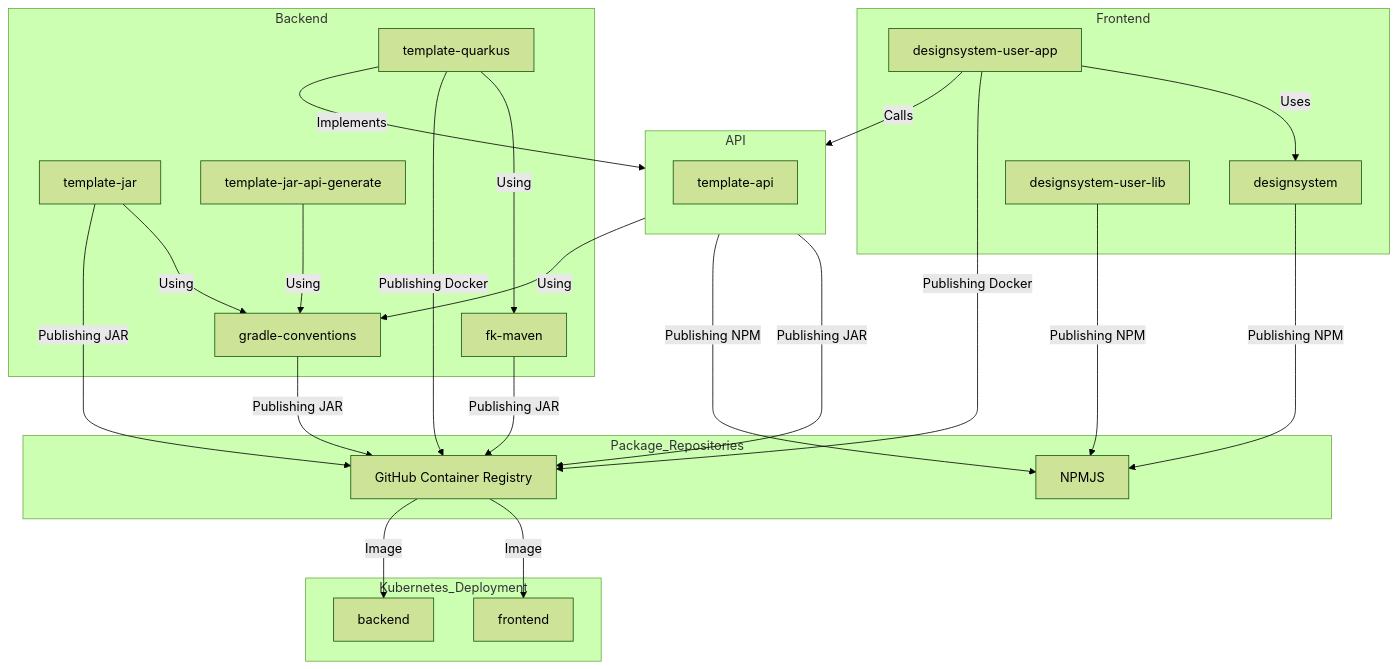
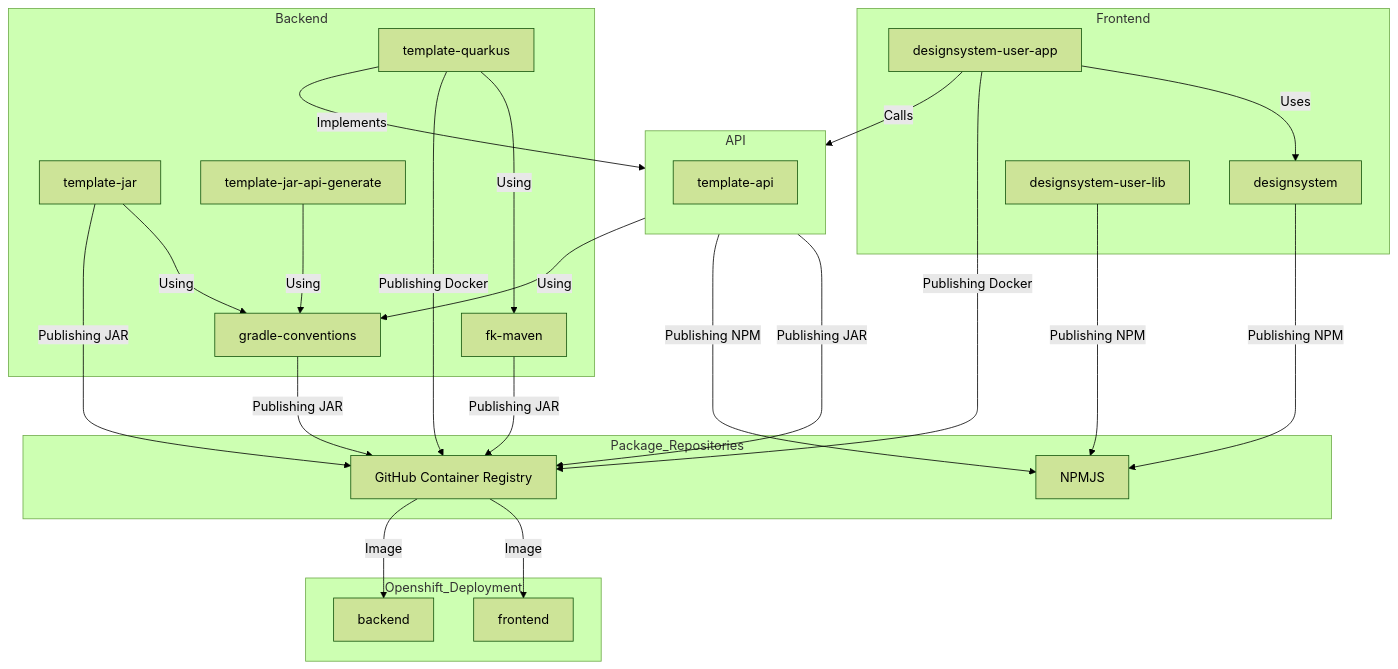
Before and after one commit to Forsakringskassan/.github: the diagram in profile/README.md, drawn with Mermaid (forest theme). The commit also changed other lines of this file, not shown here.

````diff
--- a/profile/README.md
+++ b/profile/README.md
@@ -35,62 +34,62 @@
 ```mermaid
 graph TD
     %% Backend nodes
     subgraph Backend
         C1[fk-maven]
         C2[gradle-conventions]
         C3[template-quarkus]
         C4[template-jar]
         C5[template-jar-api-generate]
 
         C3 -->|Using| C1
         C5 -->|Using| C2
         C4 -->|Using| C2
     end
 
     %% API nodes
     subgraph API
         direction TB
         B1[template-api]
         B1 -->|Using| C2
     end
 
     %% Frontend nodes
     subgraph Frontend
         A1[designsystem]
         A2[designsystem-user-app]
         A3[designsystem-user-lib]
 
         A2 -->|Uses| A1
         A2 -->|Calls| B1
     end
 
     %% Repository subgraph
     subgraph Package_Repositories
         GHRepo[GitHub Container Registry]
         NPM[NPMJS]
     end
 
-    %% Kubernetes deployment
-    subgraph Kubernetes_Deployment
+    %% Openshift deployment
+    subgraph Openshift_Deployment
         K3[backend]
         K2[frontend]
     end
 
     %% Cross-subgraph links
     C3 -->|Implements| B1
 
     %% Publishing arrows
     C1 -->|Publishing JAR| GHRepo
     C2 -->|Publishing JAR| GHRepo
     C3 -->|Publishing Docker| GHRepo
     C4 -->|Publishing JAR| GHRepo
     B1 -->|Publishing JAR| GHRepo
     B1 -->|Publishing NPM| NPM
     A1 -->|Publishing NPM| NPM
     A2 -->|Publishing Docker| GHRepo
     A3 -->|Publishing NPM| NPM
 
-    %% Docker to Kubernetes deployment flows
+    %% Docker to Openshift deployment flows
     GHRepo -->|Image| K2
     GHRepo -->|Image| K3
 ```
````
